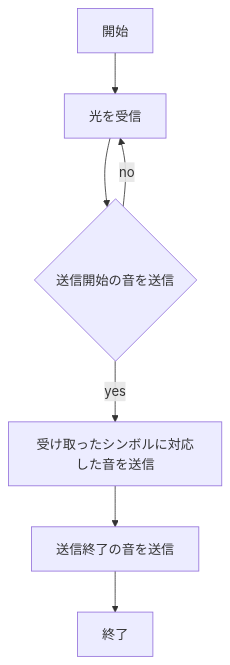
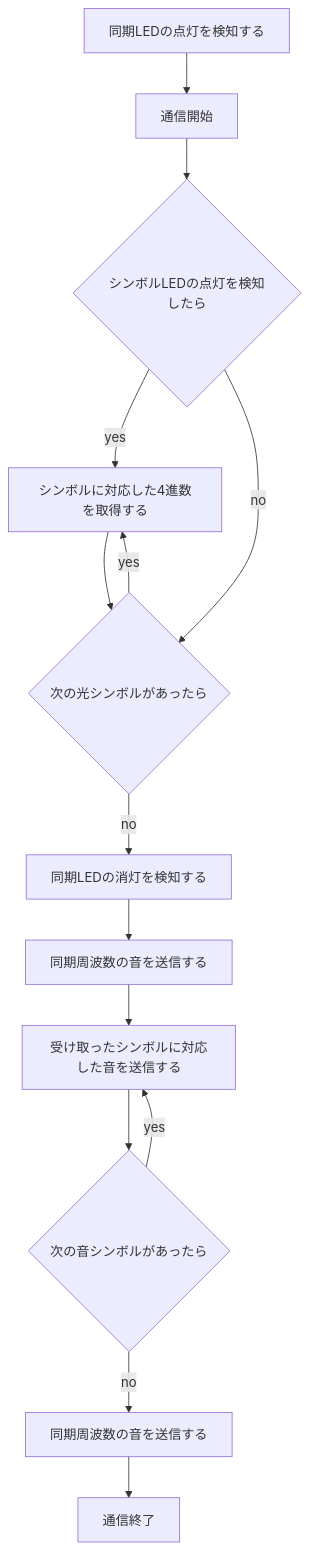
Before and after one commit to keg444/hack: the diagram in img/flow_stx.md, drawn with Mermaid. The commit also changed 40 other files, not shown here.

````diff
--- a/img/flow_stx.md
+++ b/img/flow_stx.md
@@ -2,19 +2,36 @@
 ```mermaid
 flowchart TD;
 
-st["開始"];
-e["終了"];
-receivelight["光を受信"];
-sound["受け取ったシンボルに対応した音を送信"];
-soundend["送信終了の音を送信"];
-ifsoundstart{"送信開始の音を送信"};
+st["通信開始"];
+e["通信終了"];
+lrcv_s["同期LEDの点灯を検知する"];
+lrcv_e["同期LEDの消灯を検知する"]
+if_symbol_rcv{"シンボルLEDの点灯を検知したら"};
+get["シンボルに対応した4進数を取得する"];
+if_next_l{"次の光シンボルがあったら"};
+
+sync_s["同期周波数の音を送信する"]
+sound["受け取ったシンボルに対応した音を送信する"];
+if_next_s{"次の音シンボルがあったら"}
+sound_end["同期周波数の音を送信する"];
 
 
-st --> receivelight
-receivelight --> ifsoundstart
-ifsoundstart -->|yes| sound
-sound --> soundend
-soundend --> e
-ifsoundstart -->|no| receivelight
+lrcv_s --> st
+st --> if_symbol_rcv
+if_symbol_rcv --> |yes| get
+get --> if_next_l
+if_next_l --> |yes| get
+if_next_l --> |no| lrcv_e
+
+if_symbol_rcv --> |no| if_next_l
+
+
+lrcv_e --> sync_s
+sync_s --> sound
+sound --> if_next_s
+if_next_s --> |yes| sound
+if_next_s --> |no| sound_end
+sound_end --> e
+
 
 ```
````
